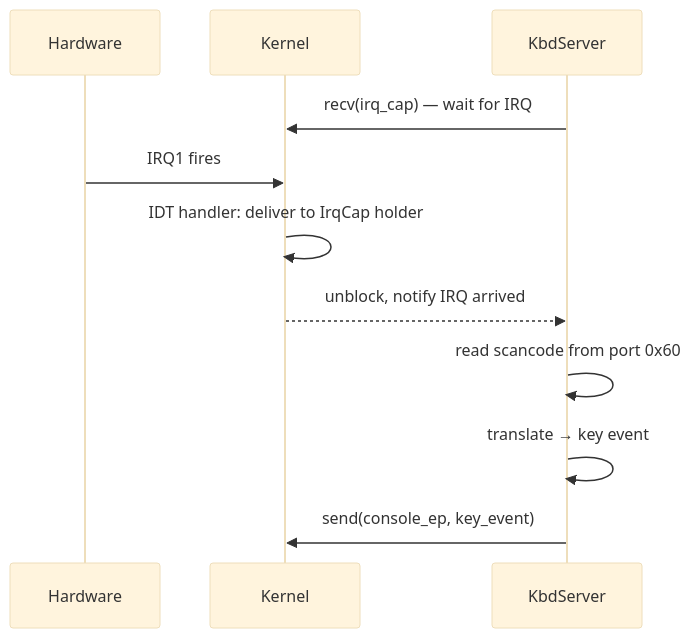
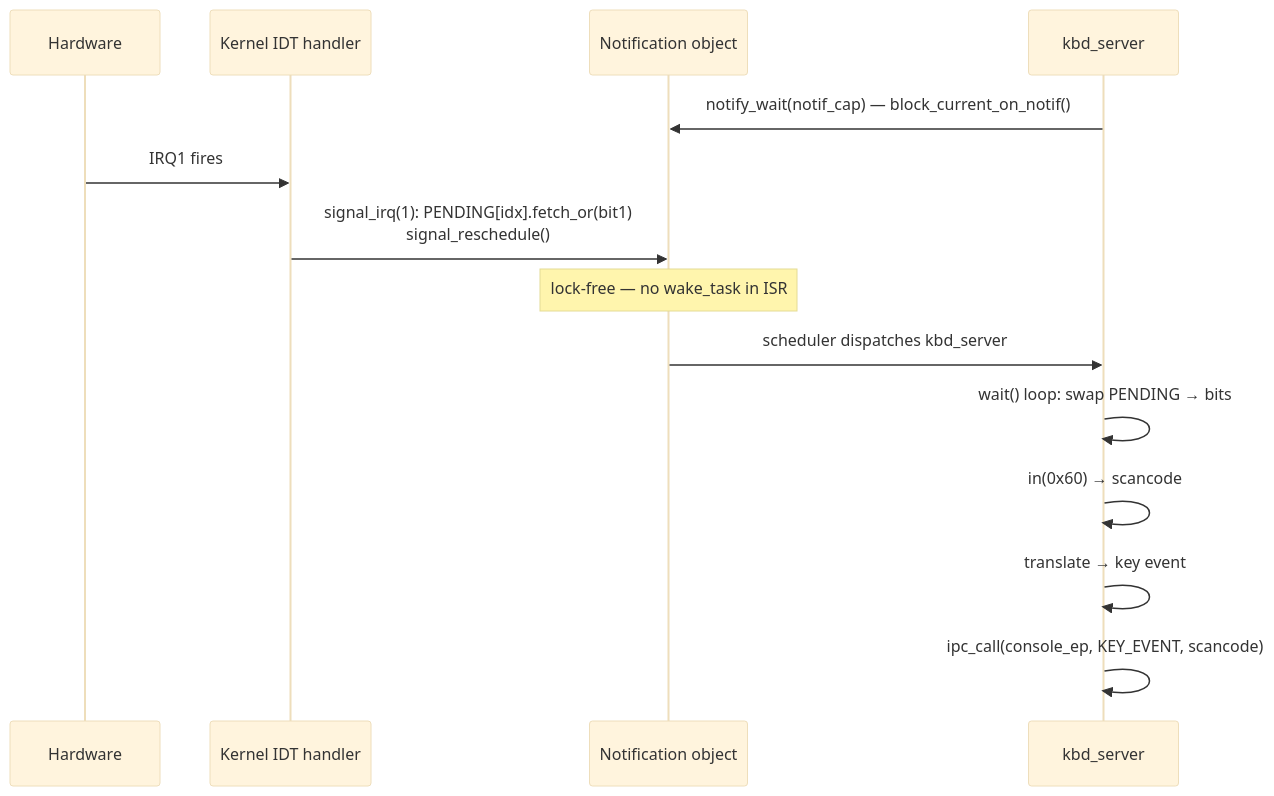
The sixth of 8 diagrams in docs/06-ipc.md (mikecubed/m3OS), drawn with Mermaid (base theme) before and after one commit. The commit also changed other lines of this file and 61 other files, not shown here.

````diff
--- a/docs/06-ipc.md
+++ b/docs/06-ipc.md
@@ -166,14 +361,17 @@
 ```mermaid
 sequenceDiagram
     participant HW as Hardware
-    participant Kernel
-    participant KbdServer
+    participant IDT as Kernel IDT handler
+    participant Notif as Notification object
+    participant KbdServer as kbd_server
 
-    KbdServer->>Kernel: recv(irq_cap) — wait for IRQ
-    HW->>Kernel: IRQ1 fires
-    Kernel->>Kernel: IDT handler: deliver to IrqCap holder
-    Kernel-->>KbdServer: unblock, notify IRQ arrived
-    KbdServer->>KbdServer: read scancode from port 0x60
+    KbdServer->>Notif: notify_wait(notif_cap) — block_current_on_notif()
+    HW->>IDT: IRQ1 fires
+    IDT->>Notif: signal_irq(1): PENDING[idx].fetch_or(bit1)<br/>signal_reschedule()
+    Note over Notif: lock-free — no wake_task in ISR
+    Notif->>KbdServer: scheduler dispatches kbd_server
+    KbdServer->>KbdServer: wait() loop: swap PENDING → bits
+    KbdServer->>KbdServer: in(0x60) → scancode
     KbdServer->>KbdServer: translate → key event
-    KbdServer->>Kernel: send(console_ep, key_event)
+    KbdServer->>KbdServer: ipc_call(console_ep, KEY_EVENT, scancode)
 ```
````
